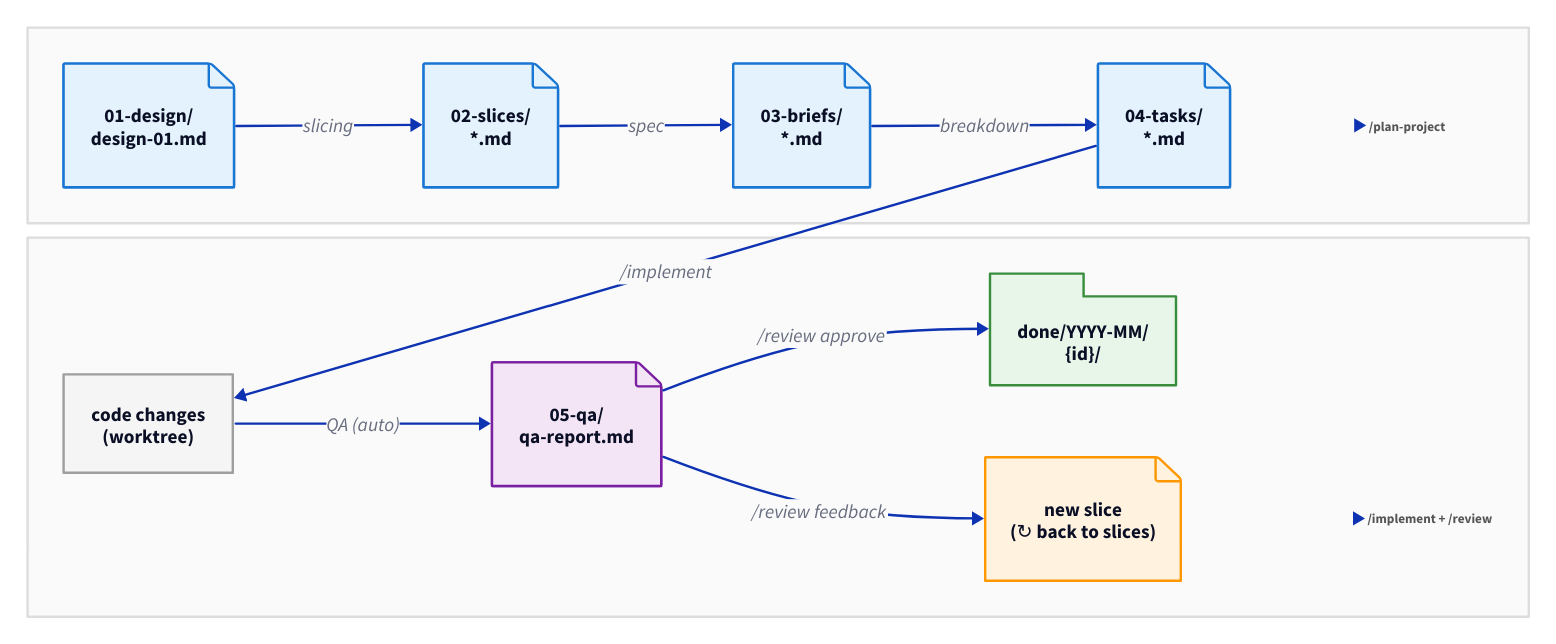
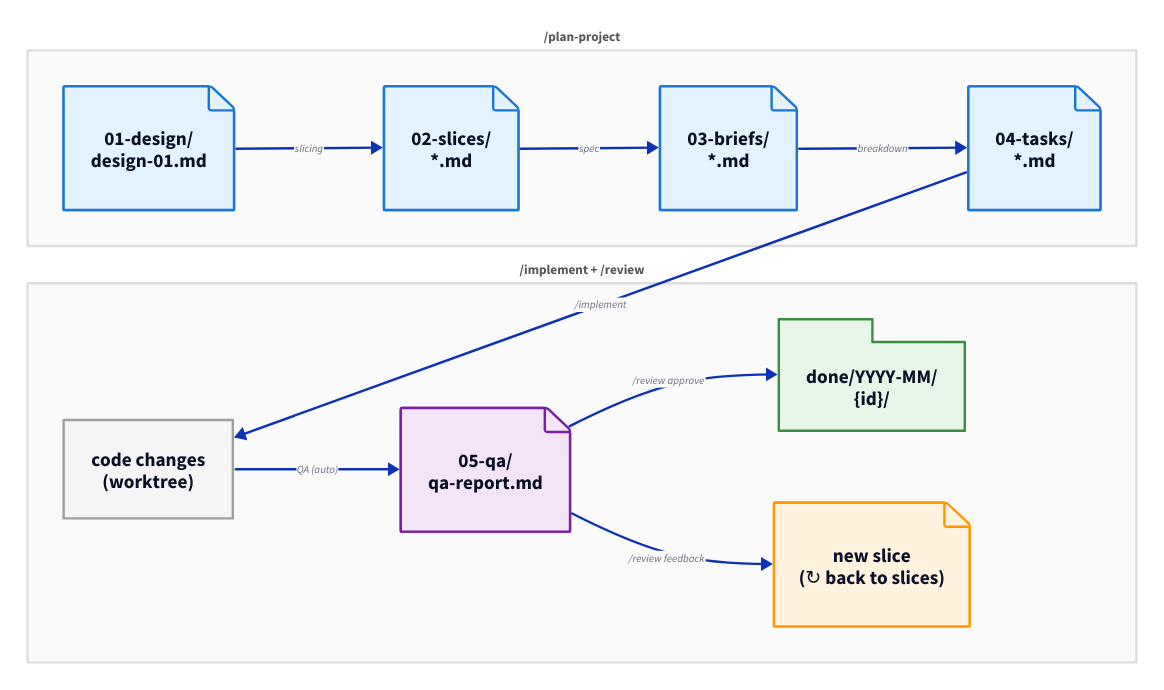
One commit to bcokert/command-init-orchestrator changed the diagram in docs/diagrams/artifacts.d2. Above: the diagram before and after it, drawn with D2. The commit also changed 13 other files, not shown here.

First line of the commit message:
Fix diagram layout: pad, titles above boxes, smaller edge labels, add legend

```diff
--- a/docs/diagrams/artifacts.d2
+++ b/docs/diagrams/artifacts.d2
@@ -1,102 +1,109 @@
 vars: {
   d2-config: {
     layout-engine: dagre
+    pad: 0
   }
   colors: {
     design: "#e3f2fd"
     design-border: "#1976D2"
     impl: "#f5f5f5"
     impl-border: "#9e9e9e"
     qa: "#f3e5f5"
     qa-border: "#7B1FA2"
     archive: "#e8f5e9"
     archive-border: "#388E3C"
     feedback: "#fff3e0"
     feedback-border: "#FF9800"
     lc: "#555555"
   }
 }
 
 grid: "" {
   grid-rows: 2
   grid-gap: 12
   style.stroke: transparent
   style.fill: transparent
 
-  row1: "" {
+  row1: /plan-project {
     direction: right
     style.fill: "#fafafa"
     style.stroke: "#dddddd"
+    style.font-size: 11
+    style.bold: true
+    style.font-color: ${colors.lc}
 
     d_doc: "01-design/\ndesign-01.md" {
       shape: page
       style.fill: ${colors.design}
       style.stroke: ${colors.design-border}
     }
     slices: "02-slices/\n*.md" {
       shape: page
       style.fill: ${colors.design}
       style.stroke: ${colors.design-border}
     }
     brief: "03-briefs/\n*.md" {
       shape: page
       style.fill: ${colors.design}
       style.stroke: ${colors.design-border}
     }
     tasks: "04-tasks/\n*.md" {
       shape: page
       style.fill: ${colors.design}
       style.stroke: ${colors.design-border}
     }
-    _lbl: /plan-project {
-      shape: text
-      style.font-size: 11
-      style.bold: true
-      style.font-color: ${colors.lc}
+
+    d_doc -> slices: slicing {
+      style.font-size: 9
     }
-
-    d_doc -> slices: slicing
-    slices -> brief: spec
-    brief -> tasks: breakdown
-    tasks -> _lbl { style.stroke-width: 0 }
+    slices -> brief: spec {
+      style.font-size: 9
+    }
+    brief -> tasks: breakdown {
+      style.font-size: 9
+    }
   }
 
-  row2: "" {
+  row2: "/implement + /review" {
     direction: right
     style.fill: "#fafafa"
     style.stroke: "#dddddd"
+    style.font-size: 11
+    style.bold: true
+    style.font-color: ${colors.lc}
 
     code: "code changes\n(worktree)" {
       style.fill: ${colors.impl}
       style.stroke: ${colors.impl-border}
     }
     qa_report: "05-qa/\nqa-report.md" {
       shape: page
       style.fill: ${colors.qa}
       style.stroke: ${colors.qa-border}
     }
     archive: "done/YYYY-MM/\n{id}/" {
       shape: package
       style.fill: ${colors.archive}
       style.stroke: ${colors.archive-border}
     }
     new_slice: "new slice\n(↻ back to slices)" {
       shape: page
       style.fill: ${colors.feedback}
       style.stroke: ${colors.feedback-border}
     }
-    _lbl: /implement + /review {
-      shape: text
-      style.font-size: 11
-      style.bold: true
-      style.font-color: ${colors.lc}
+
+    code -> qa_report: "QA (auto)" {
+      style.font-size: 9
     }
-
-    code -> qa_report: QA (auto)
-    qa_report -> archive: /review approve
-    qa_report -> new_slice: /review feedback
-    new_slice -> _lbl { style.stroke-width: 0 }
+    qa_report -> archive: "/review approve" {
+      style.font-size: 9
+    }
+    qa_report -> new_slice: "/review feedback" {
+      style.font-size: 9
+    }
   }
 }
 
-grid.row1.tasks -> grid.row2.code: /implement
+grid.row1.tasks -> grid.row2.code: /implement {
+  style.font-size: 9
+}
```
